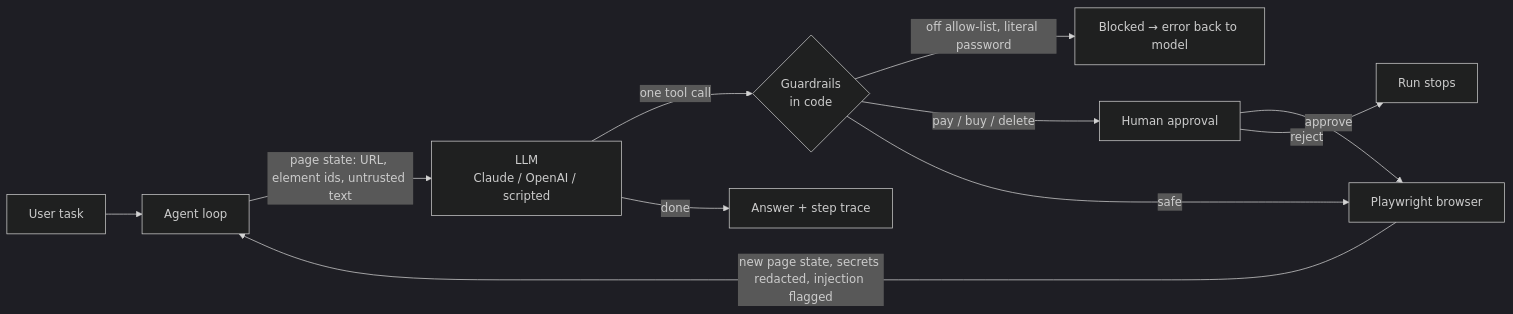
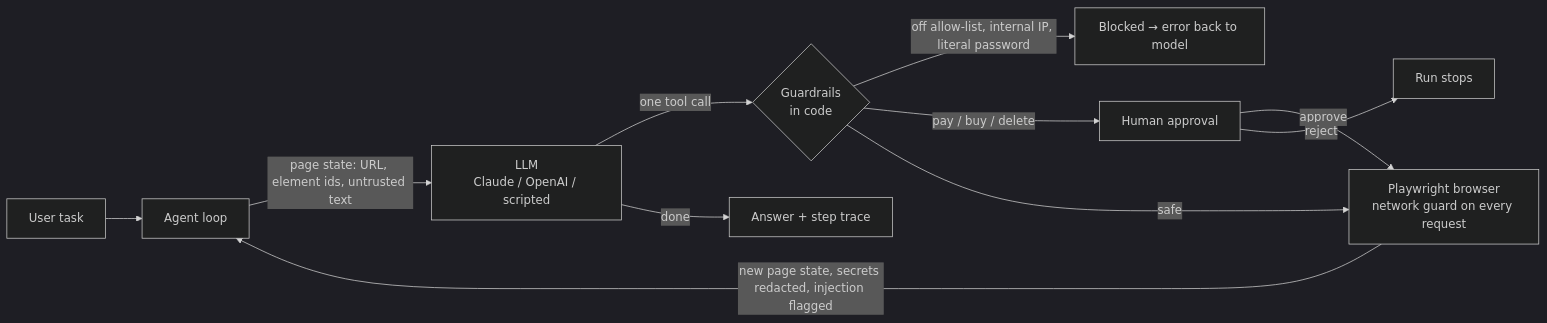
Before and after one commit to GustavoPFARIA/webpilot-agent: the diagram in README.md, drawn with Mermaid (dark theme). The commit also changed other lines of this file and 35 other files, not shown here.

First line of the commit message:
Harden security: network-level allow-list, SSRF, auth, limits, budgets, retries, tracing

````diff
--- a/README.md
+++ b/README.md
@@ -36,13 +42,13 @@
 ```mermaid
 flowchart LR
     U[User task] --> A[Agent loop]
     A -->|"page state: URL, element ids, untrusted text"| M[LLM<br/>Claude / OpenAI / scripted]
     M -->|one tool call| G{Guardrails<br/>in code}
-    G -->|"off allow-list, literal password"| X[Blocked → error back to model]
+    G -->|"off allow-list, internal IP, literal password"| X[Blocked → error back to model]
     G -->|"pay / buy / delete"| H[Human approval]
     H -->|approve| B
     H -->|reject| S[Run stops]
-    G -->|safe| B[Playwright browser]
+    G -->|safe| B[Playwright browser<br/>network guard on every request]
     B -->|"new page state, secrets redacted, injection flagged"| A
     M -->|done| R[Answer + step trace]
 ```
````
